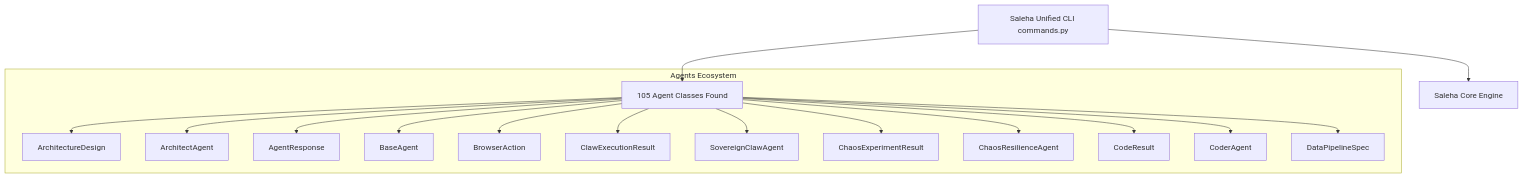
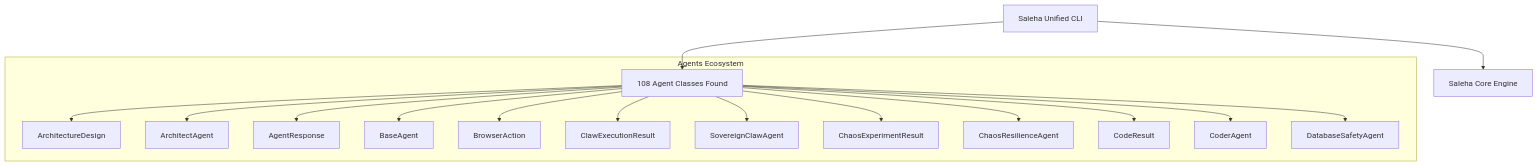
Before and after one commit to MDaftab76678-1945/Saleha: the diagram in docs/ARCHITECTURE.md, drawn with Mermaid. The commit also changed other lines of this file, not shown here.

First line of the commit message:
docs: regenerate ARCHITECTURE.md from current tree

````diff
--- a/docs/ARCHITECTURE.md
+++ b/docs/ARCHITECTURE.md
@@ -17,20 +15,20 @@
 ```mermaid
 graph TD
-    CLI[Saleha Unified CLI commands.py] --> Core[Saleha Core Engine]
-    CLI --> Agents[105 Agent Classes Found]
+    CLI[Saleha Unified CLI] --> Core[Saleha Core Engine]
+    CLI --> Agents[108 Agent Classes Found]
 
     subgraph "Agents Ecosystem"
         Agents --> ArchitectureDesign["ArchitectureDesign"]
         Agents --> ArchitectAgent["ArchitectAgent"]
         Agents --> AgentResponse["AgentResponse"]
         Agents --> BaseAgent["BaseAgent"]
         Agents --> BrowserAction["BrowserAction"]
         Agents --> ClawExecutionResult["ClawExecutionResult"]
         Agents --> SovereignClawAgent["SovereignClawAgent"]
         Agents --> ChaosExperimentResult["ChaosExperimentResult"]
         Agents --> ChaosResilienceAgent["ChaosResilienceAgent"]
         Agents --> CodeResult["CodeResult"]
         Agents --> CoderAgent["CoderAgent"]
-        Agents --> DataPipelineSpec["DataPipelineSpec"]
+        Agents --> DatabaseSafetyAgent["DatabaseSafetyAgent"]
     end
 ```
````
